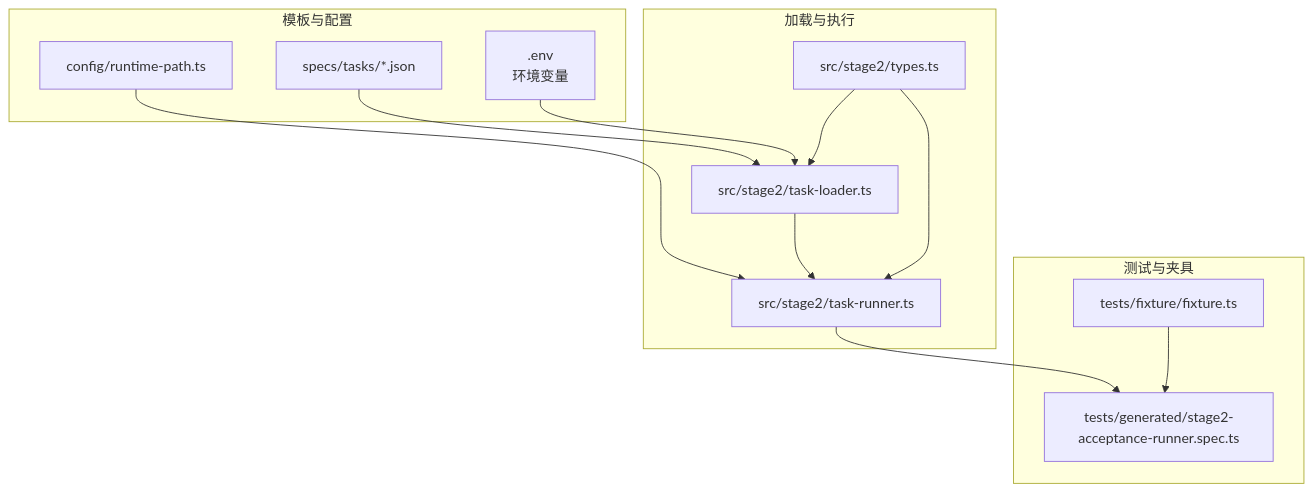
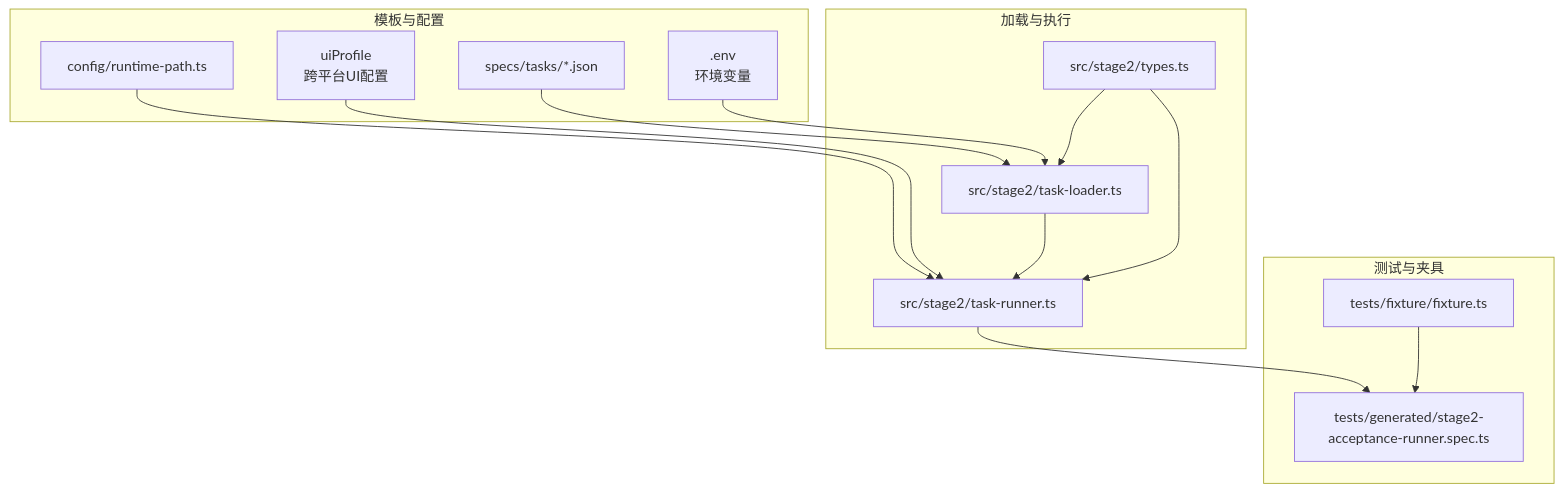
One commit to Jiane-EJ/playwright-mind changed the first of 4 diagrams in .qoder/repowiki/zh/content/任务系统/任务模板使用.md. Above: the diagram before and after it, drawn with Mermaid. The commit also changed other lines of this file and 5 other files, not shown here.

````diff
--- a/.qoder/repowiki/zh/content/任务系统/任务模板使用.md
+++ b/.qoder/repowiki/zh/content/任务系统/任务模板使用.md
@@ -41,25 +44,27 @@
 ```mermaid
 graph TB
 subgraph "模板与配置"
 TPL["specs/tasks/*.json"]
 ENV[".env<br/>环境变量"]
 CFG["config/runtime-path.ts"]
+UI["uiProfile<br/>跨平台UI配置"]
 end
 subgraph "加载与执行"
 LOADER["src/stage2/task-loader.ts"]
 RUNNER["src/stage2/task-runner.ts"]
 TYPES["src/stage2/types.ts"]
 end
 subgraph "测试与夹具"
 SPEC["tests/generated/stage2-acceptance-runner.spec.ts"]
 FIX["tests/fixture/fixture.ts"]
 end
 TPL --> LOADER
 ENV --> LOADER
 CFG --> RUNNER
+UI --> RUNNER
 LOADER --> RUNNER
 TYPES --> LOADER
 TYPES --> RUNNER
 RUNNER --> SPEC
 FIX --> SPEC
 ```
````
